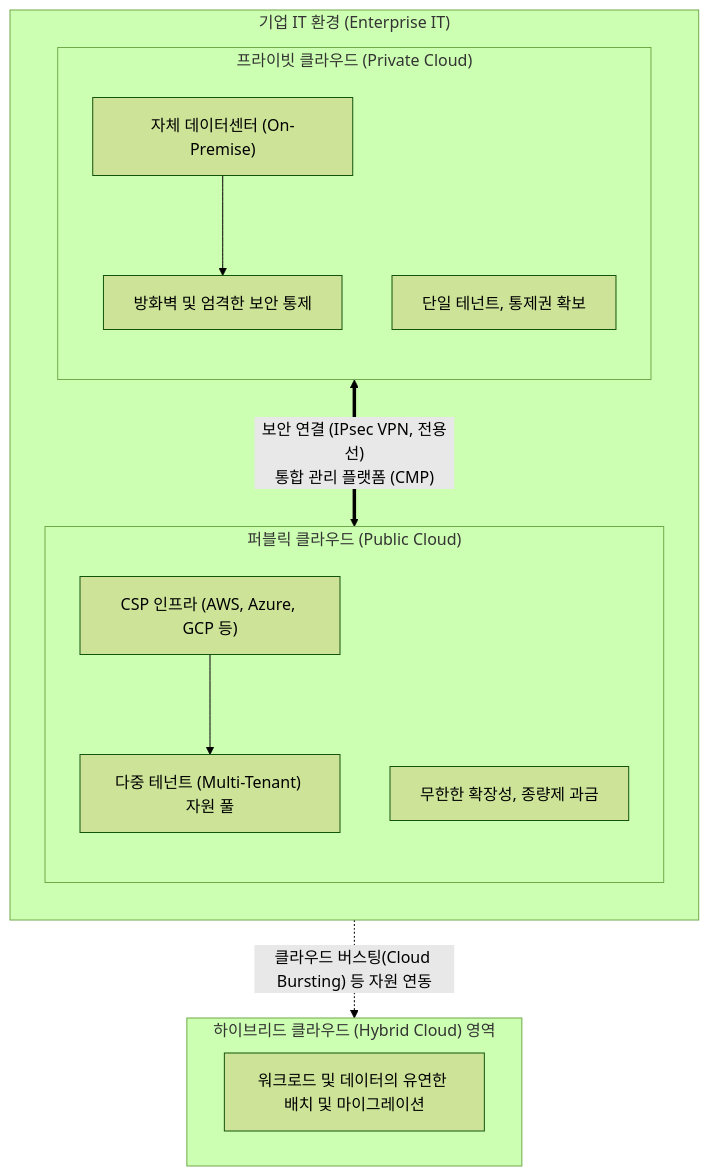
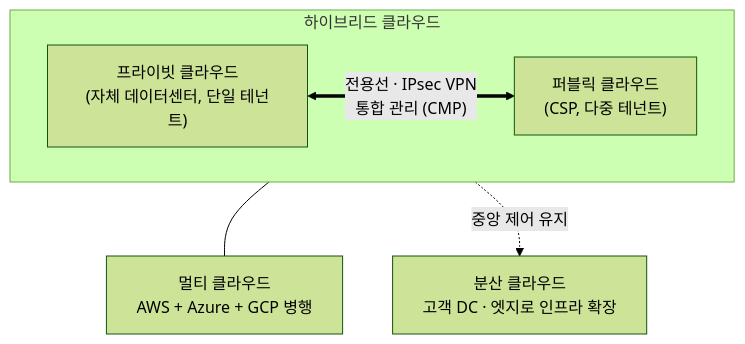
Before and after one commit to supremethumb/supremethumb.github.io: the diagram in content/01_IT Tech/클라우드 컴퓨팅의 배치 모델 유형.md, drawn with Mermaid (forest theme). The commit also changed other lines of this file and 1087 other files, not shown here.

````diff
--- a/content/01_IT Tech/클라우드 컴퓨팅의 배치 모델 유형.md
+++ b/content/01_IT Tech/클라우드 컴퓨팅의 배치 모델 유형.md
@@ -23,32 +37,9 @@
 ```mermaid
 flowchart TB
-    subgraph EnterpriseEnvironment["기업 IT 환경 (Enterprise IT)"]
-        direction TB
-        
-        subgraph PrivateCloud["프라이빗 클라우드 (Private Cloud)"]
-            direction TB
-            OnPrem["자체 데이터센터 (On-Premise)"]
-            Sec["방화벽 및 엄격한 보안 통제"]
-            OnPrem --> Sec
-            note1["단일 테넌트, 통제권 확보"]
-        end
-
-        subgraph PublicCloud["퍼블릭 클라우드 (Public Cloud)"]
-            direction TB
-            CSP["CSP 인프라 (AWS, Azure, GCP 등)"]
-            Multi["다중 테넌트 (Multi-Tenant) 자원 풀"]
-            CSP --> Multi
-            note2["무한한 확장성, 종량제 과금"]
-        end
-        
-        PrivateCloud <== "보안 연결 (IPsec VPN, 전용선)<br/>통합 관리 플랫폼 (CMP)" ==> PublicCloud
+    subgraph Hybrid["하이브리드 클라우드"]
+        direction LR
+        Priv["프라이빗 클라우드<br/>(자체 데이터센터, 단일 테넌트)"] <== "전용선 · IPsec VPN<br/>통합 관리 (CMP)" ==> Pub["퍼블릭 클라우드<br/>(CSP, 다중 테넌트)"]
     end
-    
-    subgraph HybridCloud["하이브리드 클라우드 (Hybrid Cloud) 영역"]
-        direction LR
-        Workload["워크로드 및 데이터의 유연한 배치 및 마이그레이션"]
-    end
-    
-    EnterpriseEnvironment -. "클라우드 버스팅(Cloud Bursting) 등 자원 연동" .-> HybridCloud
-
+    Pub --- Multi["멀티 클라우드<br/>AWS + Azure + GCP 병행"]
+    Pub -.->|"중앙 제어 유지"| Dist["분산 클라우드<br/>고객 DC · 엣지로 인프라 확장"]
 ```
````
